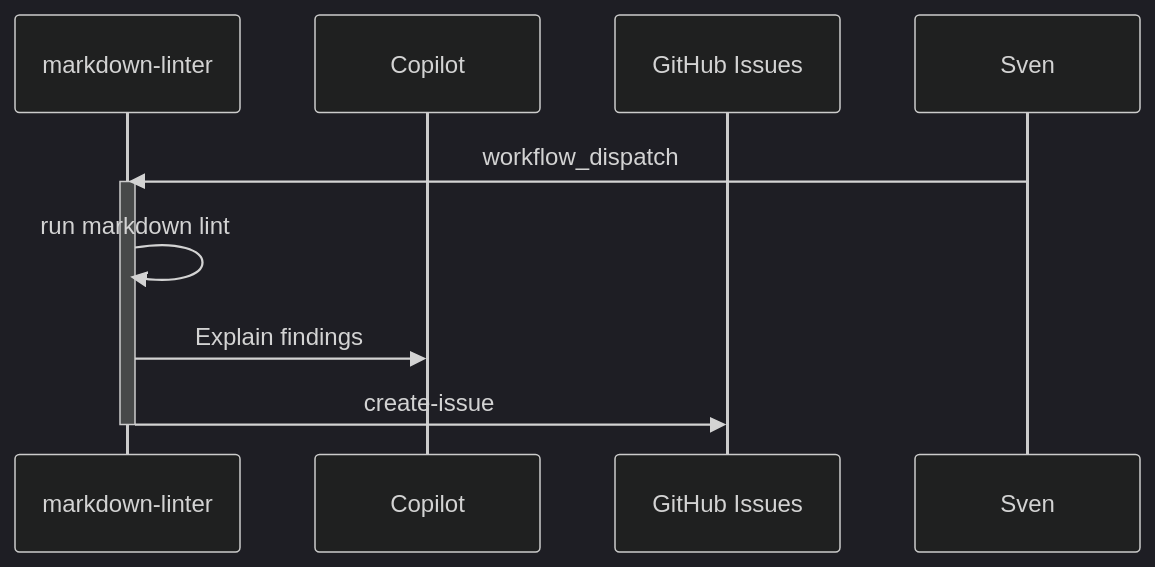
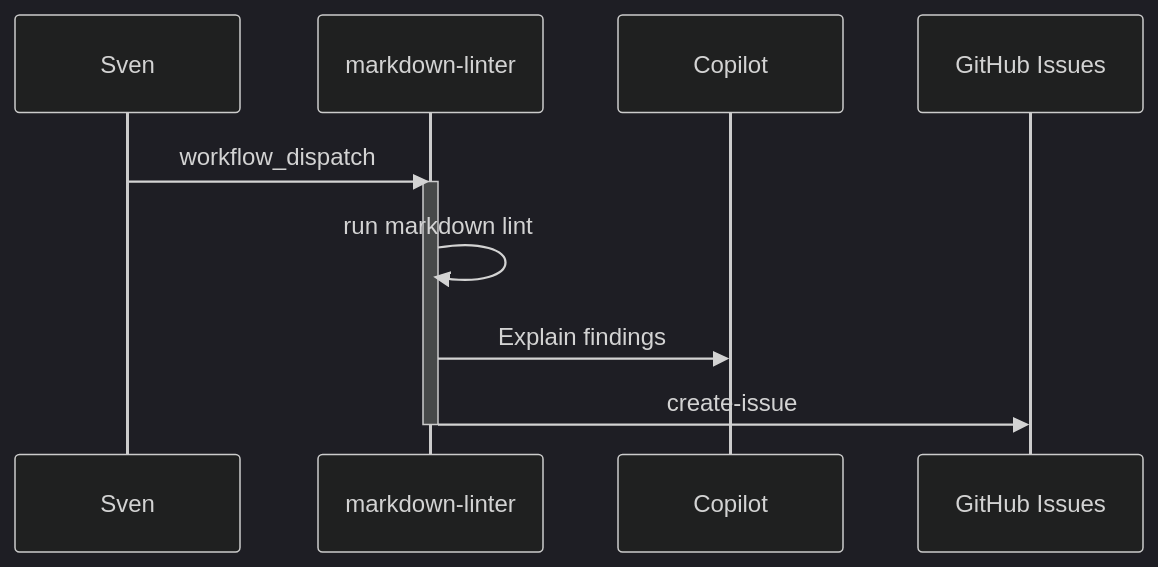
The diagram in docs/pbi/agent-factory/F15-markdown-linter.md (svennijhuis/agentic-workflows), drawn with Mermaid (dark theme) before and after one commit. The commit also changed other lines of this file and 13 other files, not shown here.

````diff
--- a/docs/pbi/agent-factory/F15-markdown-linter.md
+++ b/docs/pbi/agent-factory/F15-markdown-linter.md
@@ -49,12 +56,13 @@
 ```mermaid
 sequenceDiagram
+  participant Sven
   participant WF as markdown-linter
   participant Agent as Copilot
   participant Issues as GitHub Issues
   Sven->>WF: workflow_dispatch
   activate WF
   WF->>WF: run markdown lint
   WF->>Agent: Explain findings
   WF->>Issues: create-issue
   deactivate WF
 ```
````
